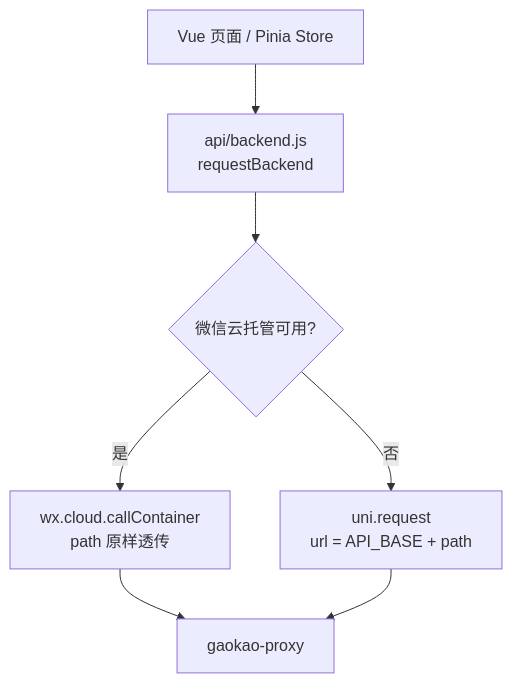
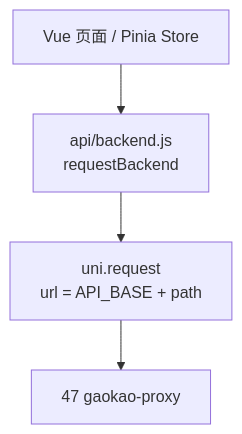
Before and after one commit to hrj-11055/gaokao-zhiyuan-agents: the second of 10 diagrams in docs/miniprogram-call-chain-visual.md, drawn with Mermaid. The commit also changed other lines of this file and 44 other files, not shown here.

````diff
--- a/docs/miniprogram-call-chain-visual.md
+++ b/docs/miniprogram-call-chain-visual.md
@@ -87,9 +79,6 @@
 ```mermaid
 flowchart TD
   UI["Vue 页面 / Pinia Store"] --> Backend["api/backend.js\nrequestBackend"]
-  Backend --> Decision{"微信云托管可用?"}
-  Decision -->|"是"| Container["wx.cloud.callContainer\npath 原样透传"]
-  Decision -->|"否"| Http["uni.request\nurl = API_BASE + path"]
-  Container --> Proxy["gaokao-proxy"]
-  Http --> Proxy
+  Backend --> Http["uni.request\nurl = API_BASE + path"]
+  Http --> Proxy["47 gaokao-proxy"]
 ```
````
